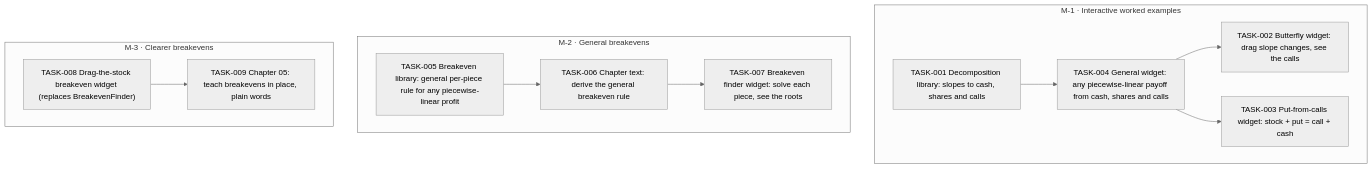
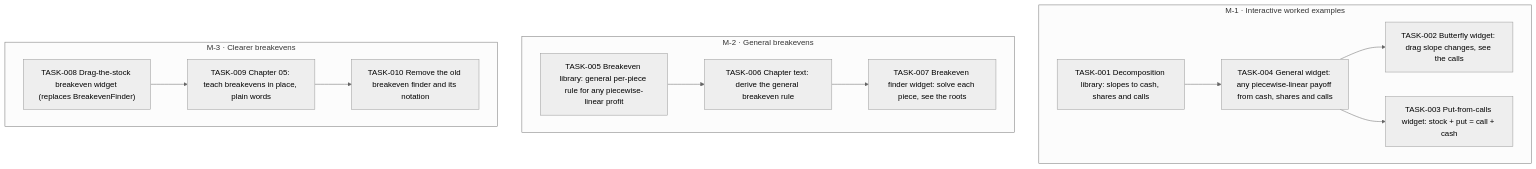
One commit to all-explained/options-explained changed the diagram in goals/improve-viz/README.md. Above: the diagram before and after it, drawn with Mermaid (neutral theme). The commit also changed 1 other file, not shown here.

Commit message:
goal(improve-viz): add TASK-010 Remove the old breakeven finder and its notation

````diff
--- a/goals/improve-viz/README.md
+++ b/goals/improve-viz/README.md
@@ -25,27 +25,29 @@
 ```mermaid
 flowchart TD
   subgraph M_1["M-1 · Interactive worked examples"]
     TASK_001["TASK-001 Decomposition library: slopes to cash, shares and calls"]
     TASK_002["TASK-002 Butterfly widget: drag slope changes, see the calls"]
     TASK_003["TASK-003 Put-from-calls widget: stock + put = call + cash"]
     TASK_004["TASK-004 General widget: any piecewise-linear payoff from cash, shares and calls"]
   end
   subgraph M_2["M-2 · General breakevens"]
     TASK_005["TASK-005 Breakeven library: general per-piece rule for any piecewise-linear profit"]
     TASK_006["TASK-006 Chapter text: derive the general breakeven rule"]
     TASK_007["TASK-007 Breakeven finder widget: solve each piece, see the roots"]
   end
   subgraph M_3["M-3 · Clearer breakevens"]
     TASK_008["TASK-008 Drag-the-stock breakeven widget (replaces BreakevenFinder)"]
     TASK_009["TASK-009 Chapter 05: teach breakevens in place, plain words"]
+    TASK_010["TASK-010 Remove the old breakeven finder and its notation"]
   end
   TASK_004 --> TASK_002
   TASK_004 --> TASK_003
   TASK_001 --> TASK_004
   TASK_005 --> TASK_006
   TASK_006 --> TASK_007
   TASK_008 --> TASK_009
+  TASK_009 --> TASK_010
   classDef draft stroke-dasharray: 4 3
   classDef cancelled opacity:0.45
   classDef decision fill:#f3e8ff,stroke:#7c3aed
 ```
````
